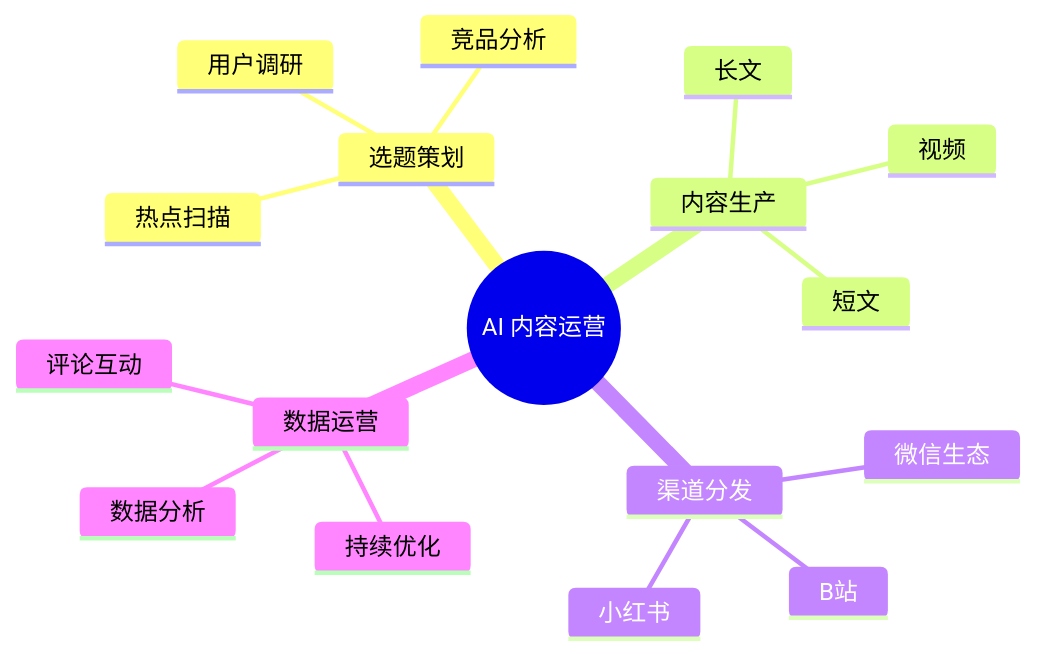
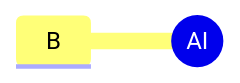
The eighth of 15 diagrams in skills/charts/references/mermaid.md (origin-labs-ai/xee-code), drawn with Mermaid before and after one commit. The commit also changed other lines of this file and 6527 other files, not shown here.

````diff
--- a/skills/charts/references/mermaid.md
+++ b/skills/charts/references/mermaid.md
@@ -618,20 +618,20 @@
 ```mermaid
 mindmap
-    root((AI 内容运营))
-        选题策划
-            热点扫描
-            竞品分析
-            用户调研
-        内容生产
-            长文
-            短文
-            视频
-        渠道分发
-            微信生态
-            小红书
-            B站
-        数据运营
-            数据分析
-            评论互动
-            持续优化
+    root((AI ))
+        
+            
+            
+            
+        
+            
+            
+            
+        
+            
+            
+            B
+        
+            
+            
+            
 ```
````
